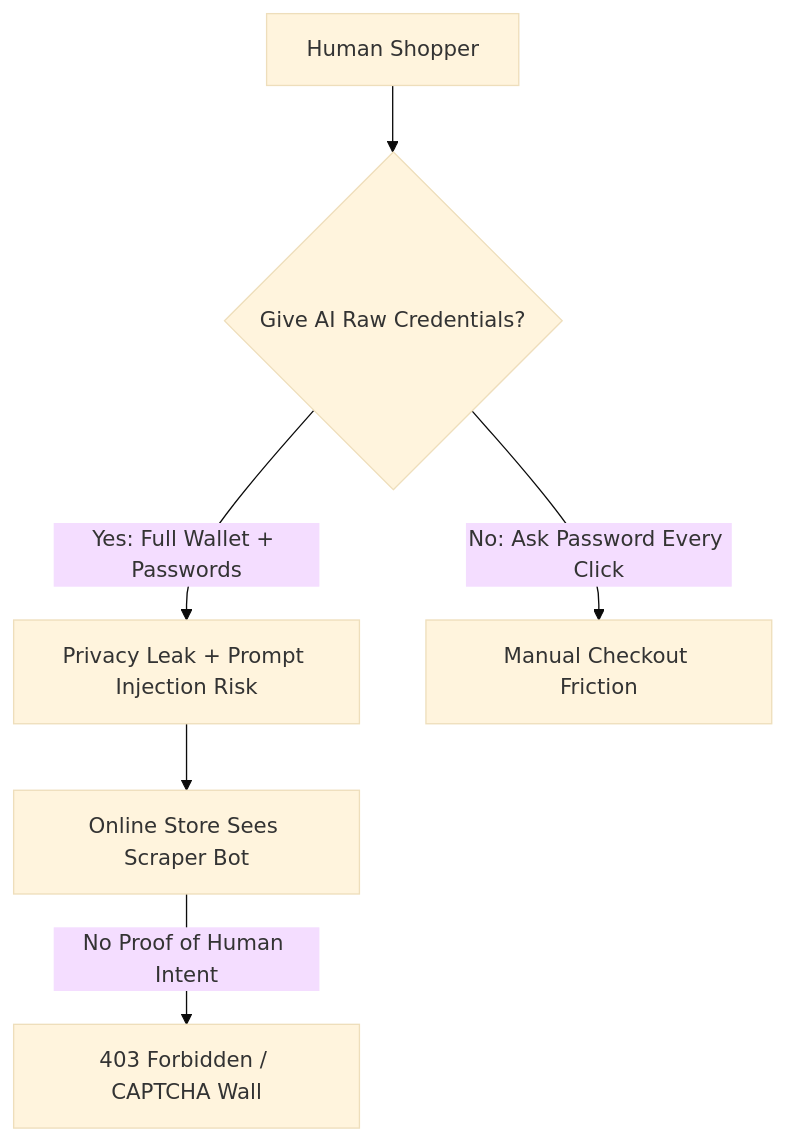
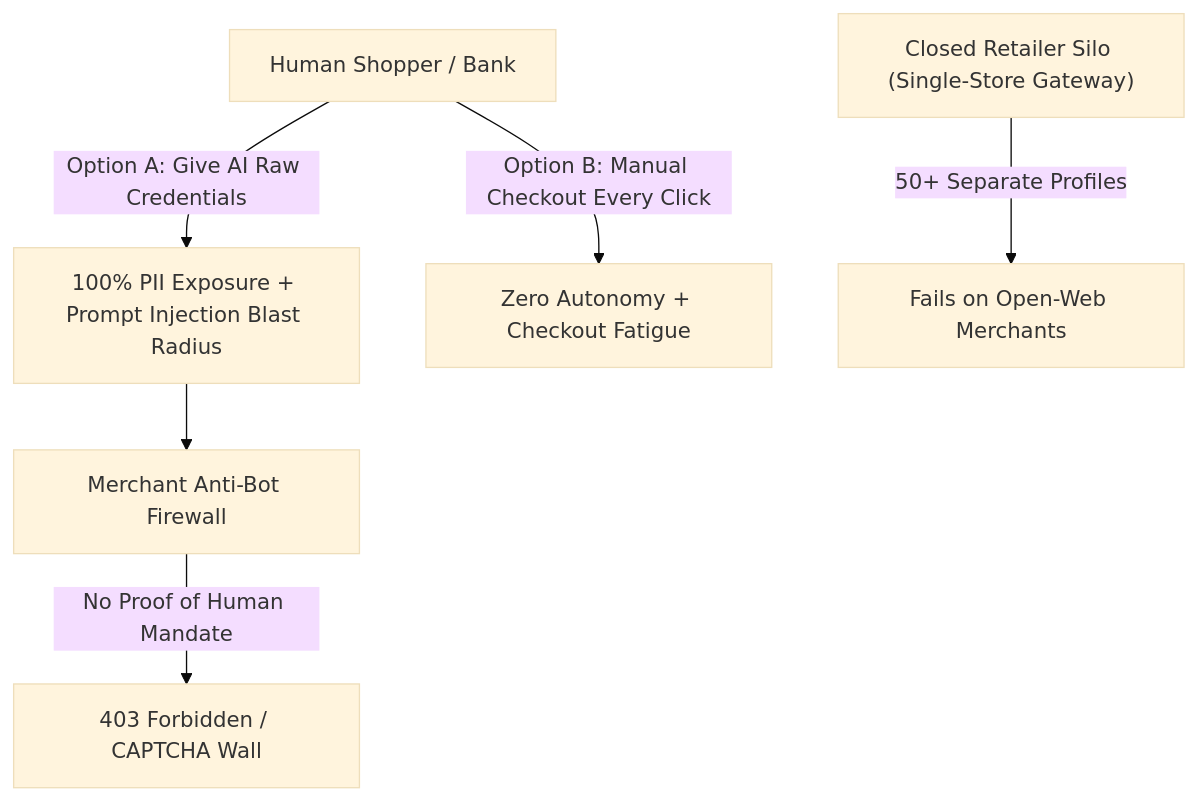
The diagram in docs/01-PRODUCT-VISION-AND-NOVELTY.md (bhargava562/paypass-agent), drawn with Mermaid (base theme) before and after one commit. The commit also changed other lines of this file and 5 other files, not shown here.

````diff
--- a/docs/01-PRODUCT-VISION-AND-NOVELTY.md
+++ b/docs/01-PRODUCT-VISION-AND-NOVELTY.md
@@ -21,8 +39,8 @@
 ```mermaid
 flowchart TD
-    User["Human Shopper"] --> Choice{"Give AI Raw Credentials?"}
-    Choice -->|"Yes: Full Wallet + Passwords"| Risk["Privacy Leak + Prompt Injection Risk"]
-    Choice -->|"No: Ask Password Every Click"| Slow["Manual Checkout Friction"]
-    Risk --> Store["Online Store Sees Scraper Bot"]
-    Store -->|"No Proof of Human Intent"| Block["403 Forbidden / CAPTCHA Wall"]
+    User["Human Shopper / Bank"] -->|"Option A: Give AI Raw Credentials"| Risk["100% PII Exposure + Prompt Injection Blast Radius"]
+    User -->|"Option B: Manual Checkout Every Click"| Slow["Zero Autonomy + Checkout Fatigue"]
+    Risk --> Store["Merchant Anti-Bot Firewall"]
+    Store -->|"No Proof of Human Mandate"| Block["403 Forbidden / CAPTCHA Wall"]
+    Silo["Closed Retailer Silo (Single-Store Gateway)"] -->|"50+ Separate Profiles"| Frag["Fails on Open-Web Merchants"]
 ```
````
